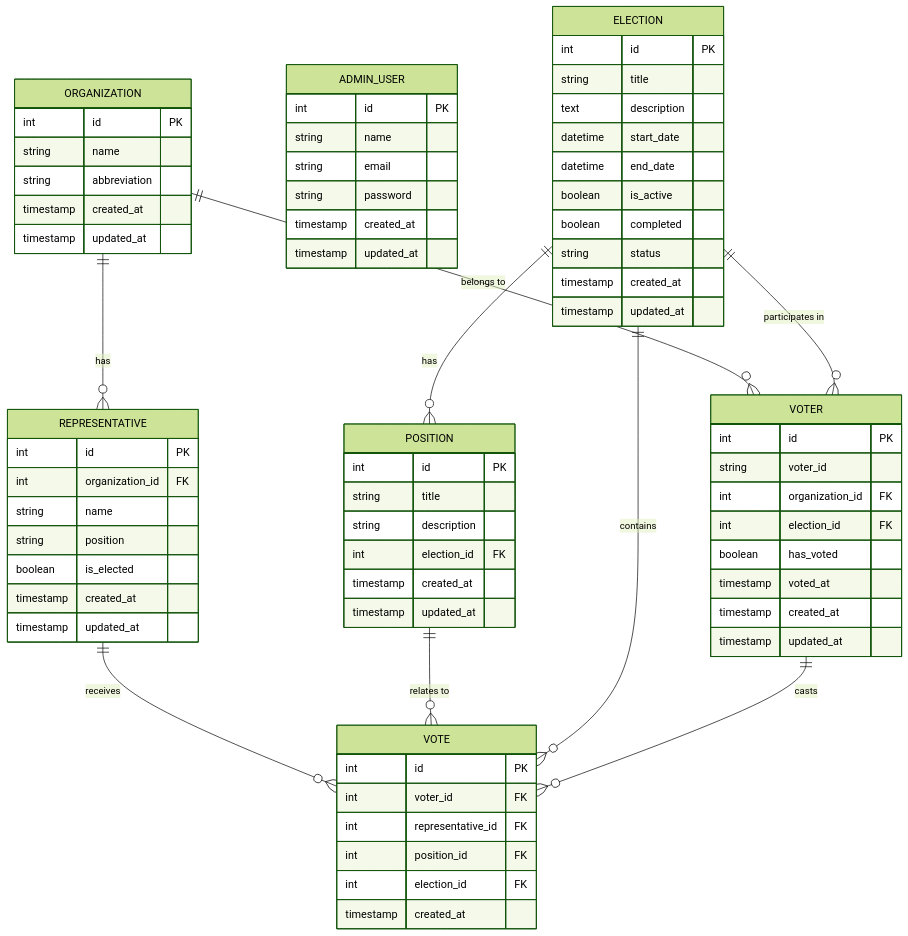
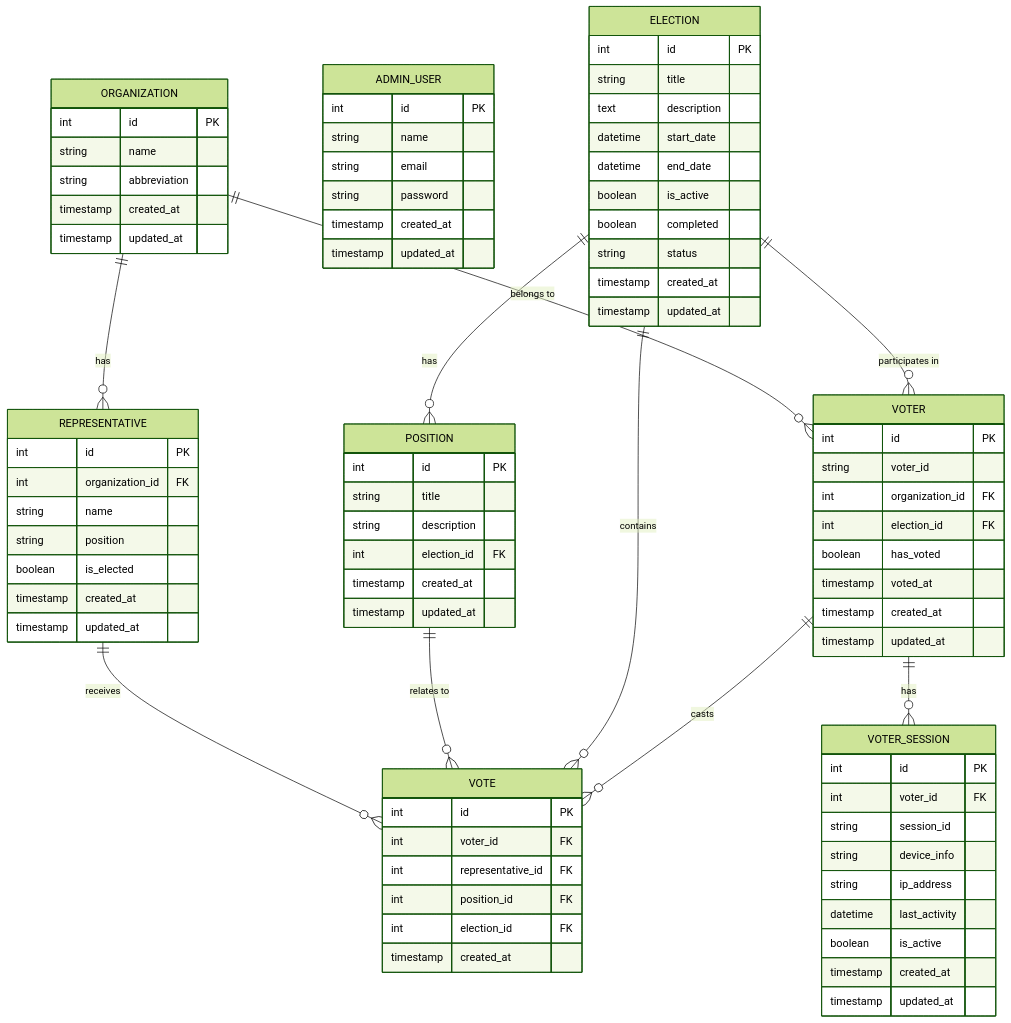
One commit to yethihahtwe/Executive-Voting changed the diagram in README.md. Above: the diagram before and after it, drawn with Mermaid (forest theme).

Commit message:
Added voter_session in database schema

````diff
--- a/README.md
+++ b/README.md
@@ -186,6 +186,18 @@
         timestamp created_at
     }
     
+    VOTER_SESSION {
+        int id PK
+        int voter_id FK
+        string session_id
+        string device_info
+        string ip_address
+        datetime last_activity
+        boolean is_active
+        timestamp created_at
+        timestamp updated_at
+    }
+    
     ORGANIZATION ||--o{ REPRESENTATIVE : "has"
     ORGANIZATION ||--o{ VOTER : "belongs to"
     ELECTION ||--o{ POSITION : "has"
@@ -194,4 +206,5 @@
     ELECTION ||--o{ VOTE : "contains"
     VOTER ||--o{ VOTE : "casts"
     ELECTION ||--o{ VOTER : "participates in"
+    VOTER ||--o{ VOTER_SESSION : "has"
 ```
````
